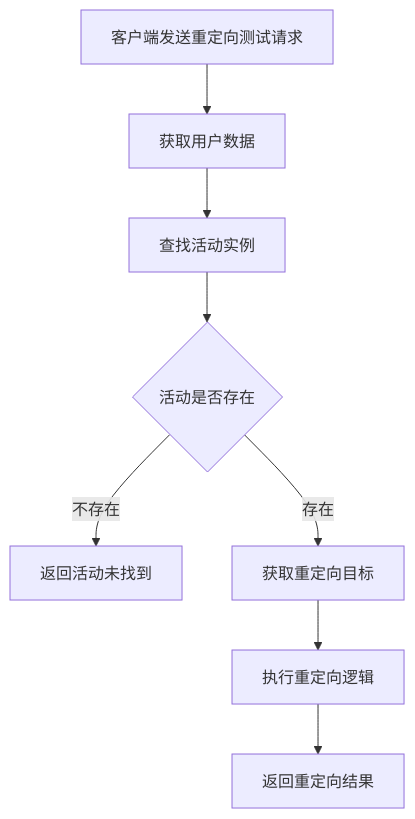
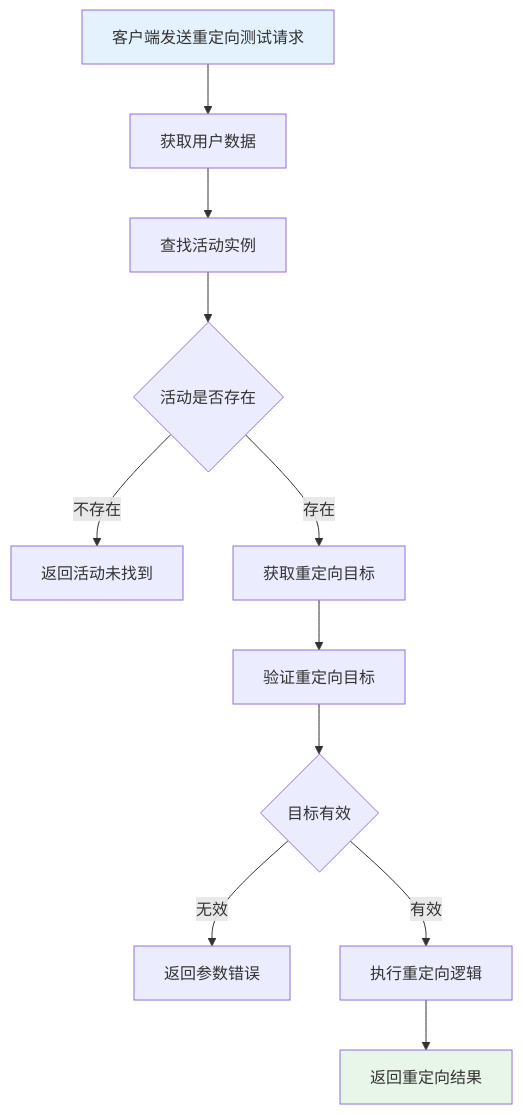
Before and after one commit to Alan-Ben/k2c_game_framework: the fourth of 7 diagrams in docs/Module_FristTeamActivity/05_完整说明.md, drawn with Mermaid. The commit also changed other lines of this file and 10 other files, not shown here.

````diff
--- a/docs/Module_FristTeamActivity/05_完整说明.md
+++ b/docs/Module_FristTeamActivity/05_完整说明.md
@@ -68,10 +132,16 @@
 ```mermaid
 flowchart TD
     A[客户端发送重定向测试请求] --> B[获取用户数据]
     B --> C[查找活动实例]
     C --> D{活动是否存在}
     D -->|不存在| E[返回活动未找到]
     D -->|存在| F[获取重定向目标]
-    F --> G[执行重定向逻辑]
-    G --> H[返回重定向结果]
+    F --> G[验证重定向目标]
+    G --> H{目标有效}
+    H -->|无效| I[返回参数错误]
+    H -->|有效| J[执行重定向逻辑]
+    J --> K[返回重定向结果]
+
+    style A fill:#e3f2fd
+    style K fill:#e8f5e9
 ```
````
